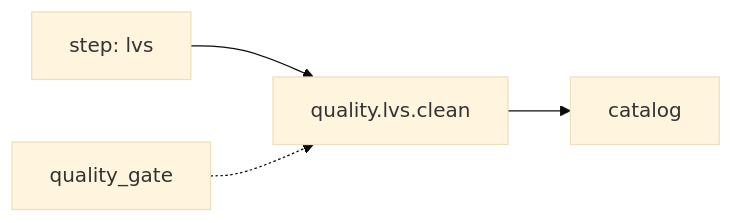
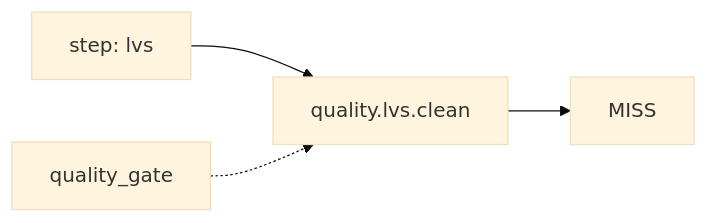
Before and after one commit to openecos-projects/ecc: diagram 12 of 53 in .github/signoff-board/signoff-kanban.md, drawn with Mermaid (base theme). The commit also changed other lines of this file and 2 other files, not shown here.

First line of the commit message:
feat(signoff): add performance / iSTA catalog slots (43 metrics)

````diff
--- a/.github/signoff-board/signoff-kanban.md
+++ b/.github/signoff-board/signoff-kanban.md
@@ -373,6 +405,6 @@
 ```mermaid
 flowchart LR
   step_quality_lvs_clean["step: lvs"] --> metric_quality_lvs_clean["quality.lvs.clean"]
-  metric_quality_lvs_clean --> state_quality_lvs_clean["catalog"]
+  metric_quality_lvs_clean --> state_quality_lvs_clean["MISS"]
   cat_quality_lvs_clean["quality_gate"] -.-> metric_quality_lvs_clean
 ```
````
